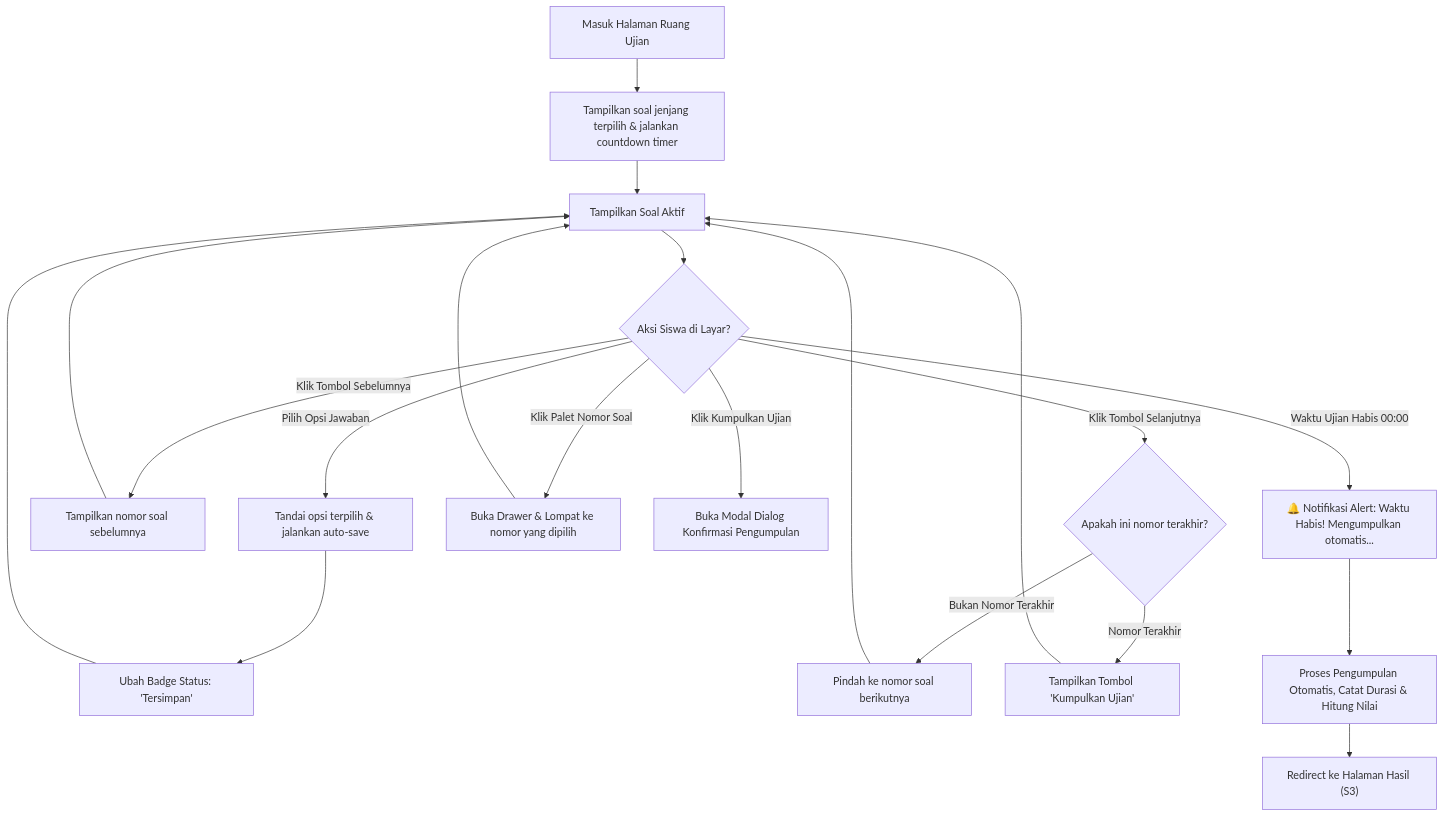
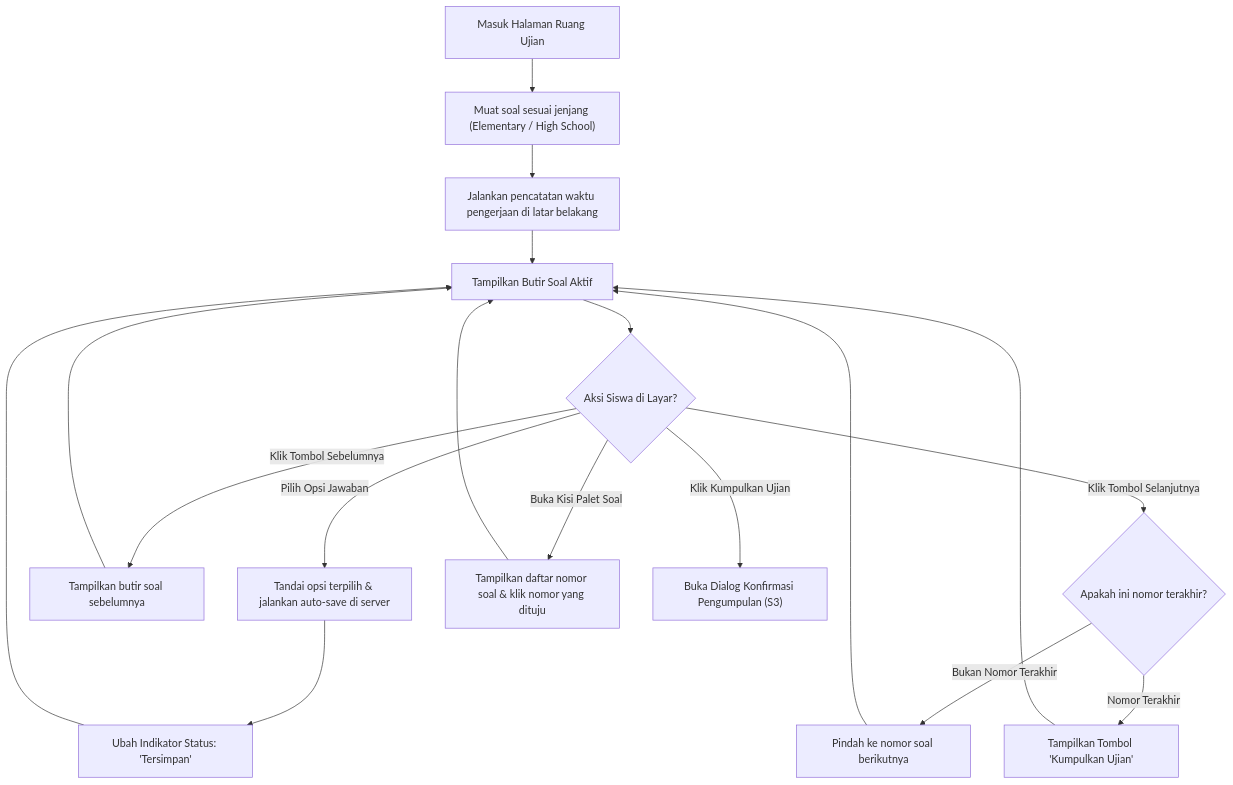
One commit to septianof/up-speaking changed the second of 13 diagrams in UI_FLOW.md. Above: the diagram before and after it, drawn with Mermaid. The commit also changed other lines of this file and 3 other files, not shown here.

Commit message:
docs: perbarui prd, ui flow, task breakdown, dan agents sesuai arsitektur baru

````diff
--- a/UI_FLOW.md
+++ b/UI_FLOW.md
@@ -116,29 +99,26 @@
 ```mermaid
 flowchart TD
-    A["Masuk Halaman Ruang Ujian"] --> B["Tampilkan soal jenjang terpilih & jalankan countdown timer"]
-    B --> C["Tampilkan Soal Aktif"]
+    A["Masuk Halaman Ruang Ujian"] --> B["Muat soal sesuai jenjang (Elementary / High School)"]
+    B --> B1["Jalankan pencatatan waktu pengerjaan di latar belakang"]
+    B1 --> C["Tampilkan Butir Soal Aktif"]
 
     C --> D{"Aksi Siswa di Layar?"}
 
-    D -->|Pilih Opsi Jawaban| E["Tandai opsi terpilih & jalankan auto-save"]
-    E --> E1["Ubah Badge Status: 'Tersimpan'"]
+    D -->|Pilih Opsi Jawaban| E["Tandai opsi terpilih & jalankan auto-save di server"]
+    E --> E1["Ubah Indikator Status: 'Tersimpan'"]
     E1 --> C
 
-    D -->|Klik Tombol Sebelumnya| F["Tampilkan nomor soal sebelumnya"]
+    D -->|Klik Tombol Sebelumnya| F["Tampilkan butir soal sebelumnya"]
     F --> C
 
     D -->|Klik Tombol Selanjutnya| G{"Apakah ini nomor terakhir?"}
     G -->|Bukan Nomor Terakhir| H["Pindah ke nomor soal berikutnya"]
     H --> C
     G -->|Nomor Terakhir| I["Tampilkan Tombol 'Kumpulkan Ujian'"]
     I --> C
 
-    D -->|Klik Palet Nomor Soal| J["Buka Drawer & Lompat ke nomor yang dipilih"]
+    D -->|Buka Kisi Palet Soal| J["Tampilkan daftar nomor soal & klik nomor yang dituju"]
     J --> C
 
-    D -->|Klik Kumpulkan Ujian| K["Buka Modal Dialog Konfirmasi Pengumpulan"]
-    
-    D -->|Waktu Ujian Habis 00:00| L["🔔 Notifikasi Alert: Waktu Habis! Mengumpulkan otomatis..."]
-    L --> M["Proses Pengumpulan Otomatis, Catat Durasi & Hitung Nilai"]
-    M --> N["Redirect ke Halaman Hasil (S3)"]
+    D -->|Klik Kumpulkan Ujian| K["Buka Dialog Konfirmasi Pengumpulan (S3)"]
 ```
````
